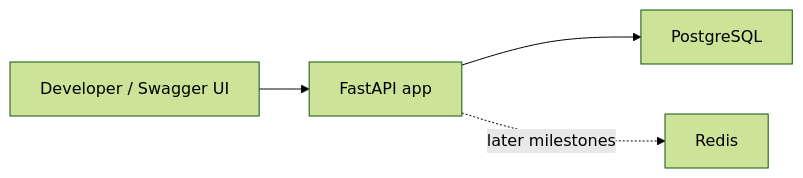
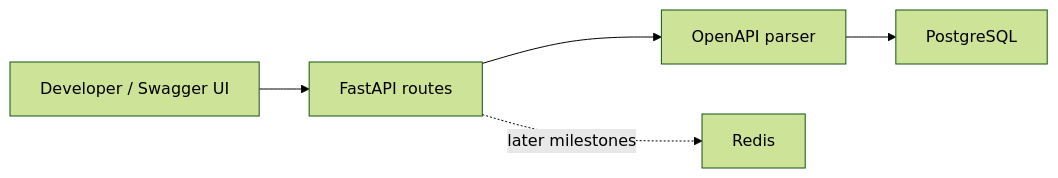
Before and after one commit to AdityaT360/specpulse: the first of 3 diagrams in ARCHITECTURE.md, drawn with Mermaid (forest theme). The commit also changed other lines of this file and 19 other files, not shown here.

First line of the commit message:
Add OpenAPI upload, parser, models, and APIs

````diff
--- a/ARCHITECTURE.md
+++ b/ARCHITECTURE.md
@@ -9,6 +9,7 @@
 ```mermaid
 flowchart LR
-    U["Developer / Swagger UI"] --> A["FastAPI app"]
-    A --> P["PostgreSQL"]
+    U["Developer / Swagger UI"] --> A["FastAPI routes"]
+    A --> V["OpenAPI parser"]
+    V --> P["PostgreSQL"]
     A -. "later milestones" .-> R["Redis"]
 ```
````
